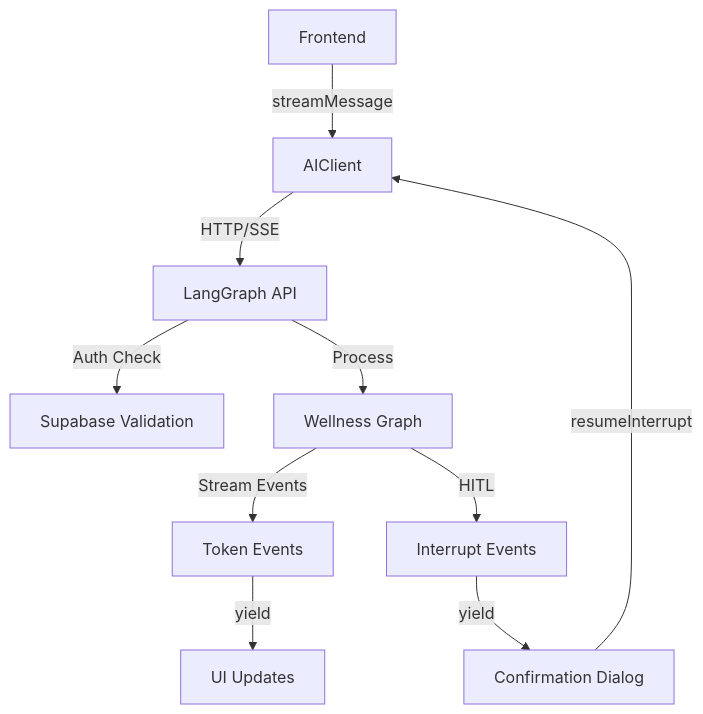
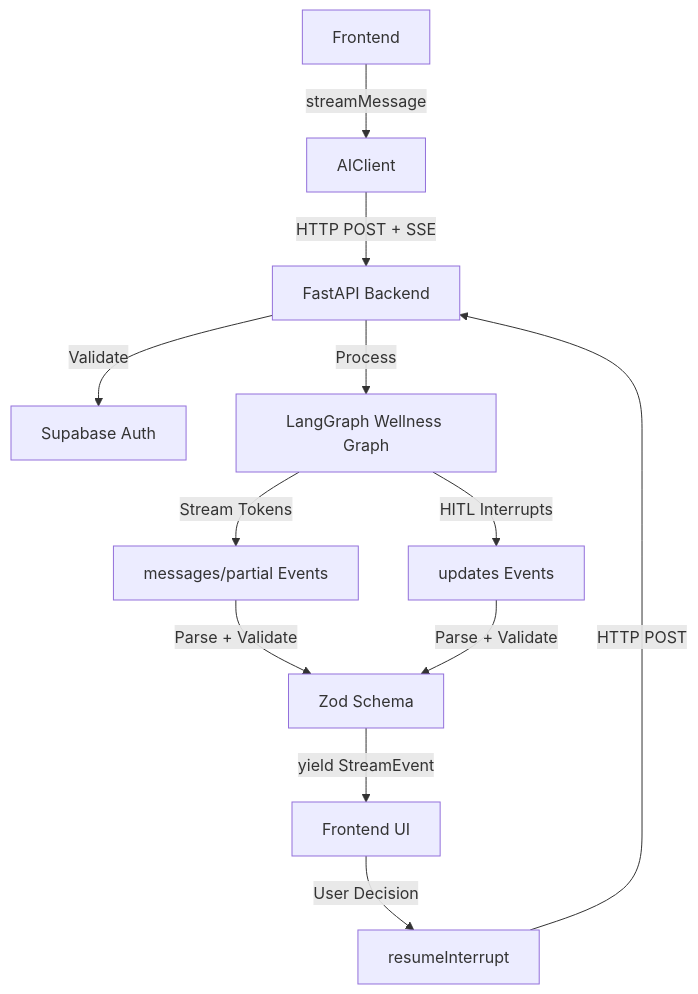
Before and after one commit to tweezerchef/Wbot: the diagram in docs/web/ai-client.md, drawn with Mermaid. The commit also changed other lines of this file and 7 other files, not shown here.

First line of the commit message:
docs: comprehensive update of project roadmap and technical documentation

````diff
--- a/docs/web/ai-client.md
+++ b/docs/web/ai-client.md
@@ -252,12 +327,14 @@
 ```mermaid
 graph TB
     A[Frontend] -->|streamMessage| B[AIClient]
-    B -->|HTTP/SSE| C[LangGraph API]
-    C -->|Auth Check| D[Supabase Validation]
-    C -->|Process| E[Wellness Graph]
-    E -->|Stream Events| F[Token Events]
-    E -->|HITL| G[Interrupt Events]
-    F -->|yield| H[UI Updates]
-    G -->|yield| I[Confirmation Dialog]
-    I -->|resumeInterrupt| B
+    B -->|HTTP POST + SSE| C[FastAPI Backend]
+    C -->|Validate| D[Supabase Auth]
+    C -->|Process| E[LangGraph Wellness Graph]
+    E -->|Stream Tokens| F[messages/partial Events]
+    E -->|HITL Interrupts| G[updates Events]
+    F -->|Parse + Validate| H[Zod Schema]
+    G -->|Parse + Validate| H
+    H -->|yield StreamEvent| I[Frontend UI]
+    I -->|User Decision| J[resumeInterrupt]
+    J -->|HTTP POST| C
 ```
````
